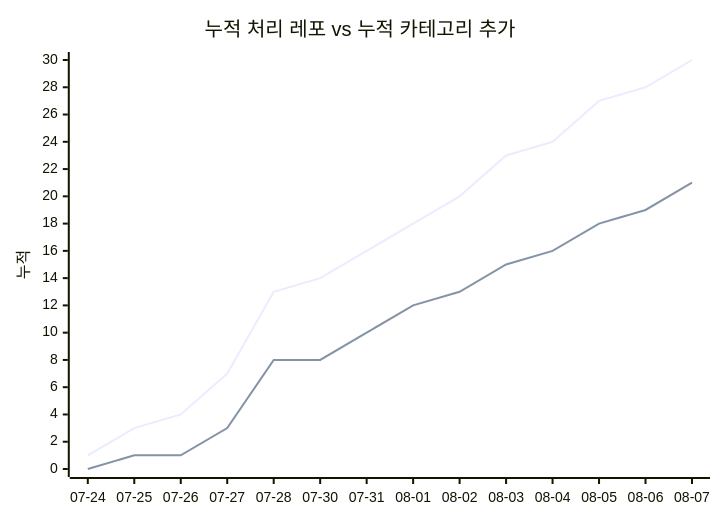
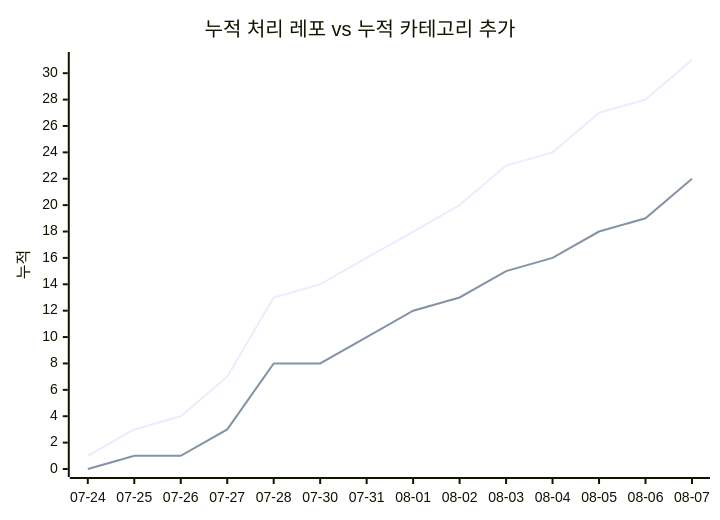
The second of 2 diagrams in docs/trends.md (J-nowcow/awesome-korean-agent-skills), drawn with Mermaid before and after one commit. The commit also changed other lines of this file and 3 other files, not shown here.

````diff
--- a/docs/trends.md
+++ b/docs/trends.md
@@ -68,8 +68,8 @@
 ```mermaid
 xychart-beta
     title "누적 처리 레포 vs 누적 카테고리 추가"
     x-axis ["07-24","07-25","07-26","07-27","07-28","07-30","07-31","08-01","08-02","08-03","08-04","08-05","08-06","08-07"]
     y-axis "누적"
-    line [1,3,4,7,13,14,16,18,20,23,24,27,28,30]
-    line [0,1,1,3,8,8,10,12,13,15,16,18,19,21]
+    line [1,3,4,7,13,14,16,18,20,23,24,27,28,31]
+    line [0,1,1,3,8,8,10,12,13,15,16,18,19,22]
 ```
````
